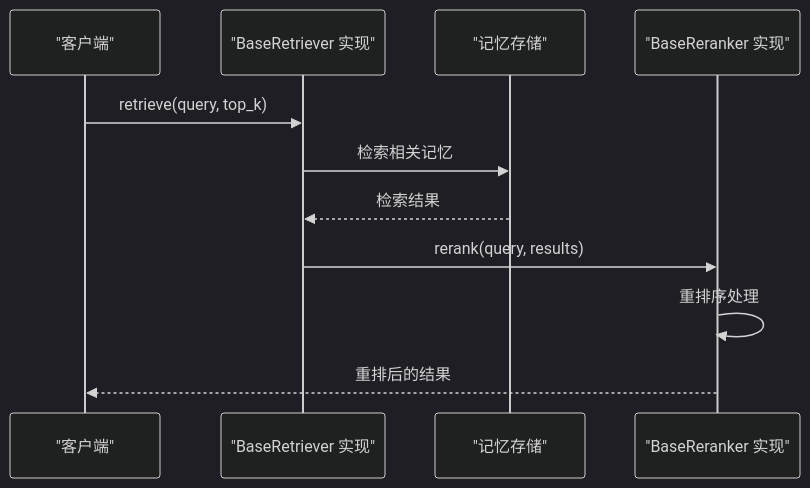
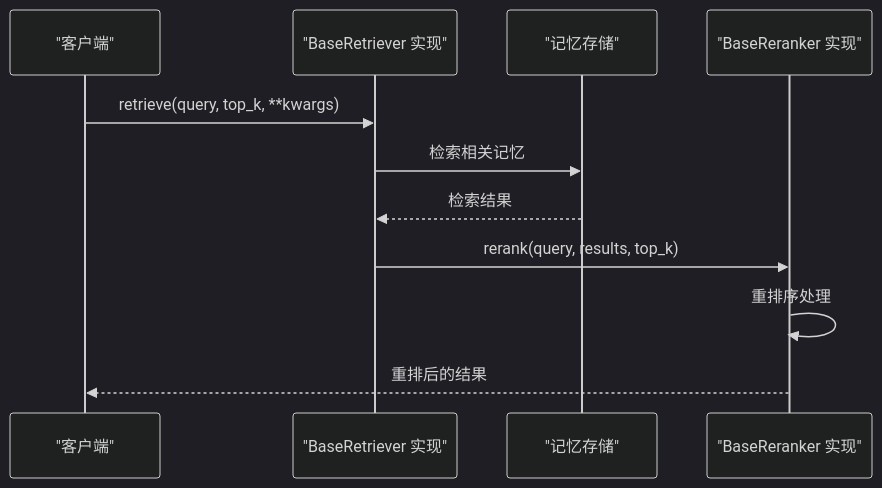
The seventh of 13 diagrams in .qoder/repowiki/zh/content/核心架构设计/抽象基类设计.md (JieGaoPrinceton/NecoRAG), drawn with Mermaid (dark theme) before and after one commit. The commit also changed other lines of this file and 12 other files, not shown here.

````diff
--- a/.qoder/repowiki/zh/content/核心架构设计/抽象基类设计.md
+++ b/.qoder/repowiki/zh/content/核心架构设计/抽象基类设计.md
@@ -540,13 +594,13 @@
 ```mermaid
 sequenceDiagram
 participant Client as "客户端"
 participant Retriever as "BaseRetriever 实现"
 participant Memory as "记忆存储"
 participant Reranker as "BaseReranker 实现"
-Client->>Retriever : retrieve(query, top_k)
+Client->>Retriever : retrieve(query, top_k, **kwargs)
 Retriever->>Memory : 检索相关记忆
 Memory-->>Retriever : 检索结果
-Retriever->>Reranker : rerank(query, results)
+Retriever->>Reranker : rerank(query, results, top_k)
 Reranker->>Reranker : 重排序处理
 Reranker-->>Client : 重排后的结果
 ```
````
